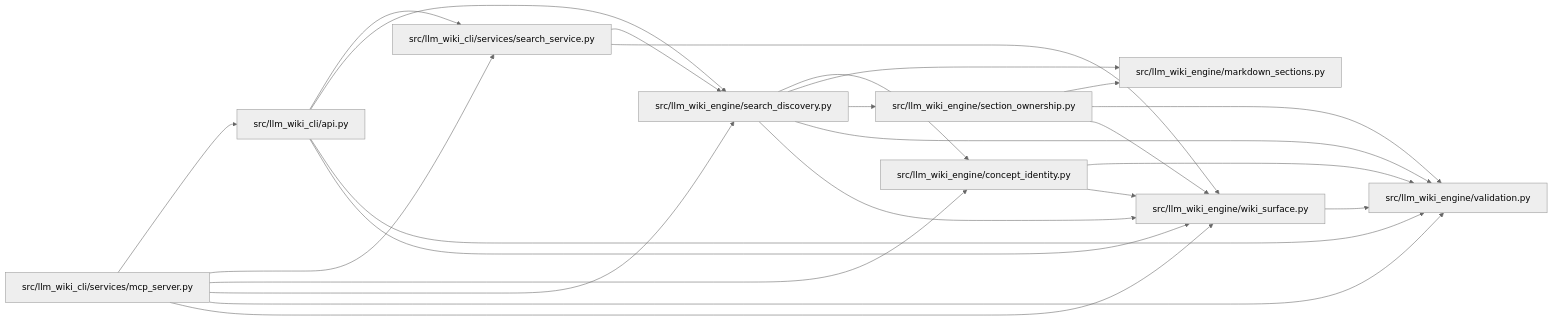
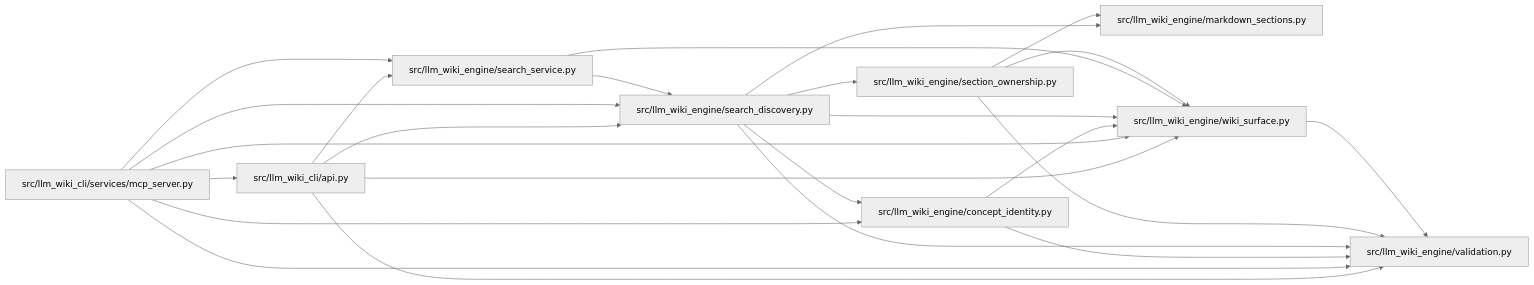
The diagram in docs/llm_wiki/modules/search_discovery.md (Denissvgn/python-wiki-llm), drawn with Mermaid (neutral theme) before and after one commit. The commit also changed 648 other files, not shown here.

Commit message:
docs: refresh the wiki for the engine task contract and search

````diff
--- a/docs/llm_wiki/modules/search_discovery.md
+++ b/docs/llm_wiki/modules/search_discovery.md
@@ -29,44 +29,44 @@
 ```mermaid
 flowchart LR
     n0["src/llm_wiki_cli/api.py"]
     n1["src/llm_wiki_cli/services/mcp_server.py"]
-    n2["src/llm_wiki_cli/services/search_service.py"]
-    n3["src/llm_wiki_engine/concept_identity.py"]
-    n4["src/llm_wiki_engine/markdown_sections.py"]
-    n5["src/llm_wiki_engine/search_discovery.py"]
+    n2["src/llm_wiki_engine/concept_identity.py"]
+    n3["src/llm_wiki_engine/markdown_sections.py"]
+    n4["src/llm_wiki_engine/search_discovery.py"]
+    n5["src/llm_wiki_engine/search_service.py"]
     n6["src/llm_wiki_engine/section_ownership.py"]
     n7["src/llm_wiki_engine/validation.py"]
     n8["src/llm_wiki_engine/wiki_surface.py"]
-    n0 --> n2
+    n0 --> n4
     n0 --> n5
     n0 --> n7
     n0 --> n8
     n1 --> n0
     n1 --> n2
-    n1 --> n3
+    n1 --> n4
     n1 --> n5
     n1 --> n7
     n1 --> n8
-    n2 --> n5
+    n2 --> n7
     n2 --> n8
-    n3 --> n7
-    n3 --> n8
-    n5 --> n3
+    n4 --> n2
+    n4 --> n3
+    n4 --> n6
+    n4 --> n7
+    n4 --> n8
     n5 --> n4
-    n5 --> n6
-    n5 --> n7
     n5 --> n8
-    n6 --> n4
+    n6 --> n3
     n6 --> n7
     n6 --> n8
     n8 --> n7
     click n0 "../modules/api.md"
     click n1 "../modules/mcp_server.md"
-    click n2 "../modules/search_service.md"
-    click n3 "../modules/concept_identity.md"
-    click n4 "../modules/markdown_sections.md"
-    click n5 "../modules/search_discovery.md"
+    click n2 "../modules/concept_identity.md"
+    click n3 "../modules/markdown_sections.md"
+    click n4 "../modules/search_discovery.md"
+    click n5 "../modules/search_service.md"
     click n6 "../modules/section_ownership.md"
     click n7 "../modules/validation.md"
     click n8 "../modules/wiki_surface.md"
 ```
````
